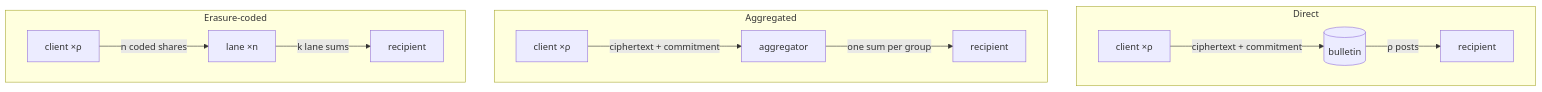
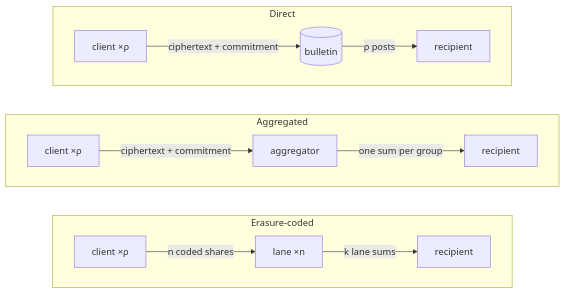
Before and after one commit to flashbots/panetiere: the first of 2 diagrams in README.md, drawn with Mermaid.

Commit message:
Mermaid nit

````diff
--- a/README.md
+++ b/README.md
@@ -79,15 +79,16 @@
 ```mermaid
 flowchart TB
     subgraph D[Direct]
         direction LR
         c1["client ×ρ"] -->|ciphertext + commitment| b1[(bulletin)] -->|ρ posts| r1[recipient]
     end
     subgraph A[Aggregated]
         direction LR
         c2["client ×ρ"] -->|ciphertext + commitment| a2[aggregator] -->|one sum per group| r2[recipient]
     end
     subgraph E[Erasure-coded]
         direction LR
         c3["client ×ρ"] -->|n coded shares| l3["lane ×n"] -->|k lane sums| r3[recipient]
     end
+    D ~~~ A ~~~ E
 ```
````
